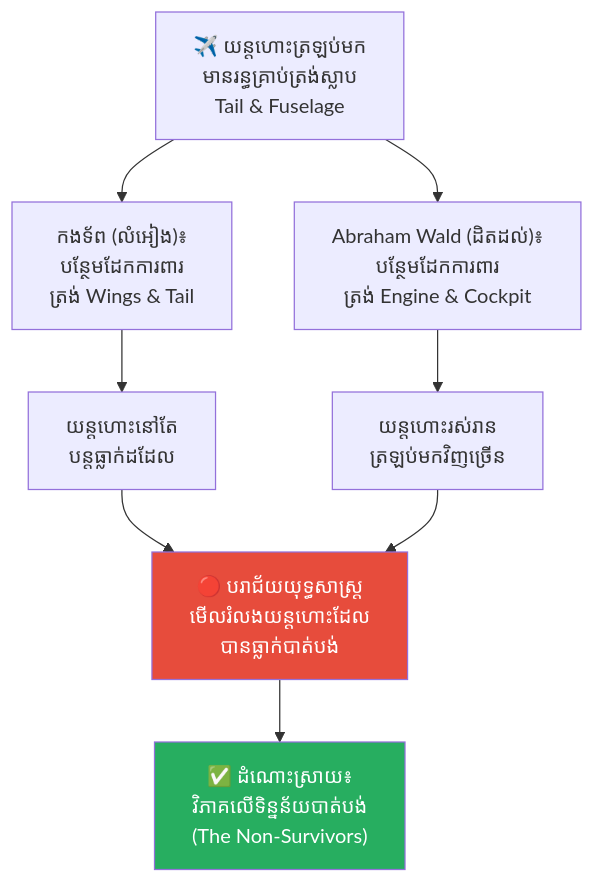
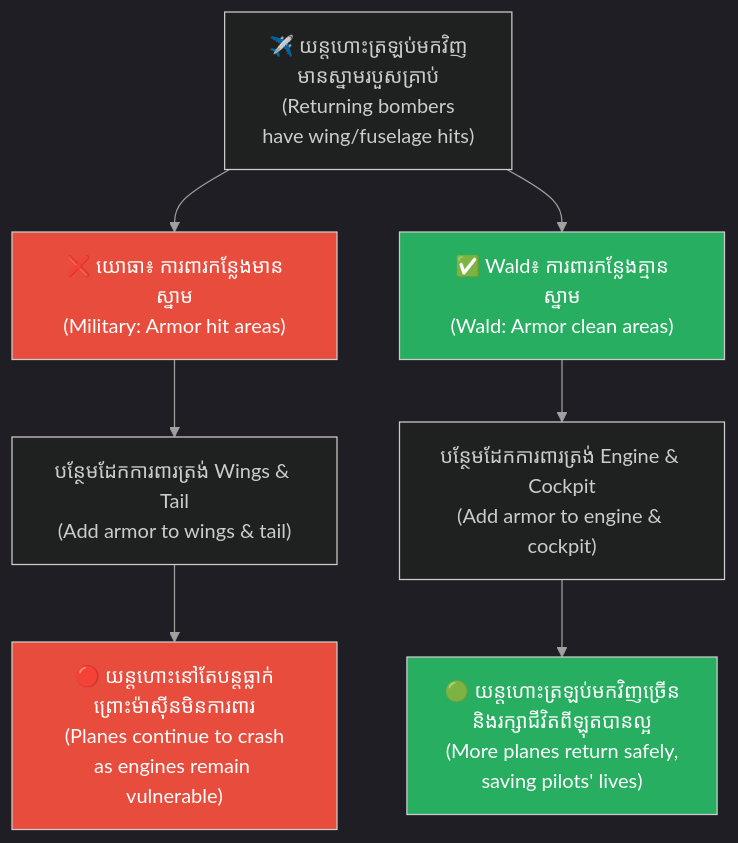
Before and after one commit to GuideStack/iblogger-feeds: the fourth of 5 diagrams in feeds/concepts/articles/06-survivorship-bias.md, drawn with Mermaid. The commit also changed other lines of this file, not shown here.

Commit message:
docs: upgrade 06-survivorship-bias.md to bilingual layout and styled diagrams

````diff
--- a/feeds/concepts/articles/06-survivorship-bias.md
+++ b/feeds/concepts/articles/06-survivorship-bias.md
@@ -147,13 +235,25 @@
 ```mermaid
+%%{init: {
+  'theme': 'dark',
+  'themeVariables': {
+    'background': '#1e1e1e',
+    'primaryTextColor': '#ffffff',
+    'lineColor': '#a0a0a0'
+  },
+  'themeCSS': 'svg { background-color: #1e1e1e !important; padding: 1rem !important; border-radius: 8px !important; } .edgeLabel rect { fill: #1e1e1e !important; } text, tspan { fill: #ffffff !important; }'
+}}%%
 graph TD
-    A["✈️ យន្តហោះត្រឡប់មក<br/>មានរន្ធគ្រាប់ត្រង់ស្លាប<br/>Tail & Fuselage"] --> B["កងទ័ព (លំអៀង)៖<br/>បន្ថែមដែកការពារ<br/>ត្រង់ Wings & Tail"]
-    A --> C["Abraham Wald (ដិតដល់)៖<br/>បន្ថែមដែកការពារ<br/>ត្រង់ Engine & Cockpit"]
-    B --> D["យន្តហោះនៅតែ<br/>បន្តធ្លាក់ដដែល"]
-    C --> E["យន្តហោះរស់រាន<br/>ត្រឡប់មកវិញច្រើន"]
-    D --> F["🔴 បរាជ័យយុទ្ធសាស្ត្រ<br/>មើលរំលងយន្តហោះដែល<br/>បានធ្លាក់បាត់បង់"]
-    E --> F
-    F --> G["✅ ដំណោះស្រាយ៖<br/>វិភាគលើទិន្នន័យបាត់បង់<br/>(The Non-Survivors)"]
+    A["✈️ យន្តហោះត្រឡប់មកវិញ<br/>មានស្នាមរបួសគ្រាប់<br/>(Returning bombers<br/>have wing/fuselage hits)"] --> B1["❌ យោធា៖ ការពារកន្លែងមានស្នាម<br/>(Military: Armor hit areas)"]
+    A --> B2["✅ Wald៖ ការពារកន្លែងគ្មានស្នាម<br/>(Wald: Armor clean areas)"]
 
-    style F fill:#e74c3c,color:#fff
-    style G fill:#27ae60,color:#fff
+    B1 --> C1["បន្ថែមដែកការពារត្រង់ Wings & Tail<br/>(Add armor to wings & tail)"]
+    C1 --> D1["🔴 យន្តហោះនៅតែបន្តធ្លាក់<br/>ព្រោះម៉ាស៊ីនមិនការពារ<br/>(Planes continue to crash<br/>as engines remain vulnerable)"]
+
+    B2 --> C2["បន្ថែមដែកការពារត្រង់ Engine & Cockpit<br/>(Add armor to engine & cockpit)"]
+    C2 --> D2["🟢 យន្តហោះត្រឡប់មកវិញច្រើន<br/>និងរក្សាជីវិតពីឡុតបានល្អ<br/>(More planes return safely,<br/>saving pilots' lives)"]
+
+    style B1 fill:#e74c3c,color:#fff
+    style B2 fill:#27ae60,color:#fff
+    style D1 fill:#e74c3c,color:#fff
+    style D2 fill:#27ae60,color:#fff
 ```
````
